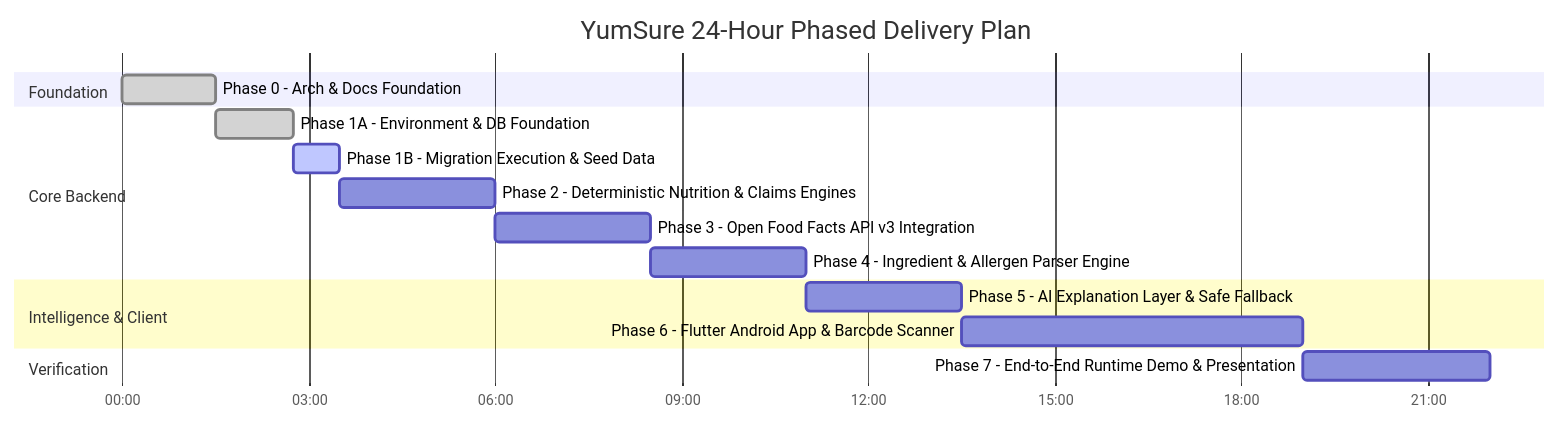
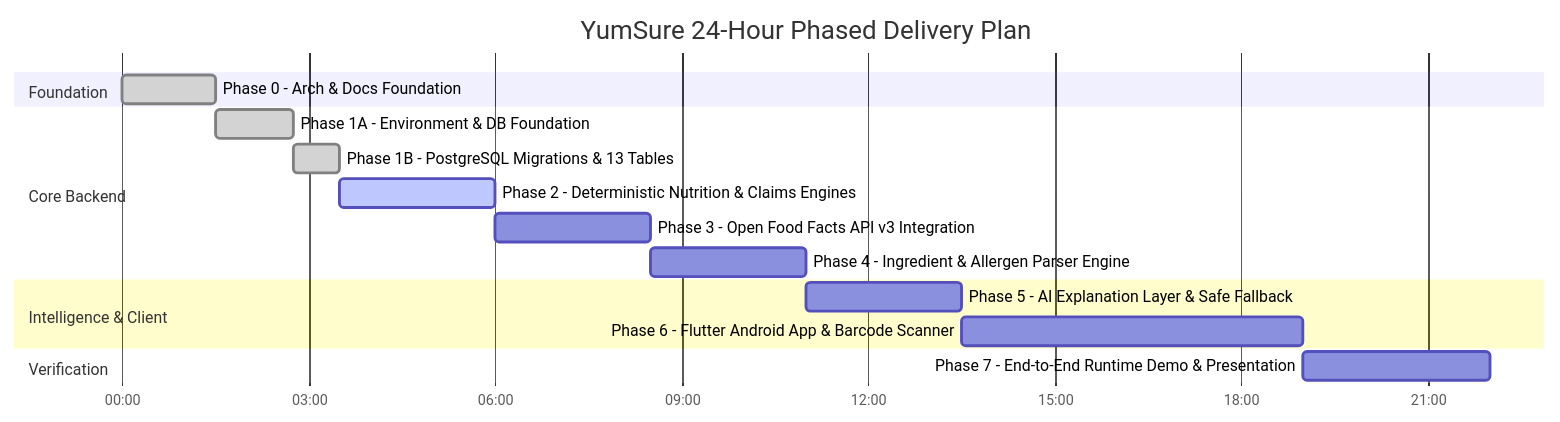
Before and after one commit to college-hack24-nov26/hack-sudo-chaos: the diagram in IMPLEMENTATION_PROGRESS.md, drawn with Mermaid. The commit also changed other lines of this file and 3 other files, not shown here.

Commit message:
feat(database): execute live migrations for 13 tables and generate technical handover

````diff
--- a/IMPLEMENTATION_PROGRESS.md
+++ b/IMPLEMENTATION_PROGRESS.md
@@ -9,19 +9,19 @@
 ```mermaid
 gantt
     title YumSure 24-Hour Phased Delivery Plan
     dateFormat  HH:mm
     axisFormat  %H:%M
     section Foundation
     Phase 0 - Arch & Docs Foundation :done, p0, 00:00, 01:30
     section Core Backend
     Phase 1A - Environment & DB Foundation :done, p1a, 01:30, 02:45
-    Phase 1B - Migration Execution & Seed Data :active, p1b, 02:45, 03:30
-    Phase 2 - Deterministic Nutrition & Claims Engines :p2, 03:30, 06:00
+    Phase 1B - PostgreSQL Migrations & 13 Tables :done, p1b, 02:45, 03:30
+    Phase 2 - Deterministic Nutrition & Claims Engines :active, p2, 03:30, 06:00
     Phase 3 - Open Food Facts API v3 Integration :p3, 06:00, 08:30
     Phase 4 - Ingredient & Allergen Parser Engine :p4, 08:30, 11:00
     section Intelligence & Client
     Phase 5 - AI Explanation Layer & Safe Fallback :p5, 11:00, 13:30
     Phase 6 - Flutter Android App & Barcode Scanner :p6, 13:30, 19:00
     section Verification
     Phase 7 - End-to-End Runtime Demo & Presentation :p7, 19:00, 22:00
 ```
````
